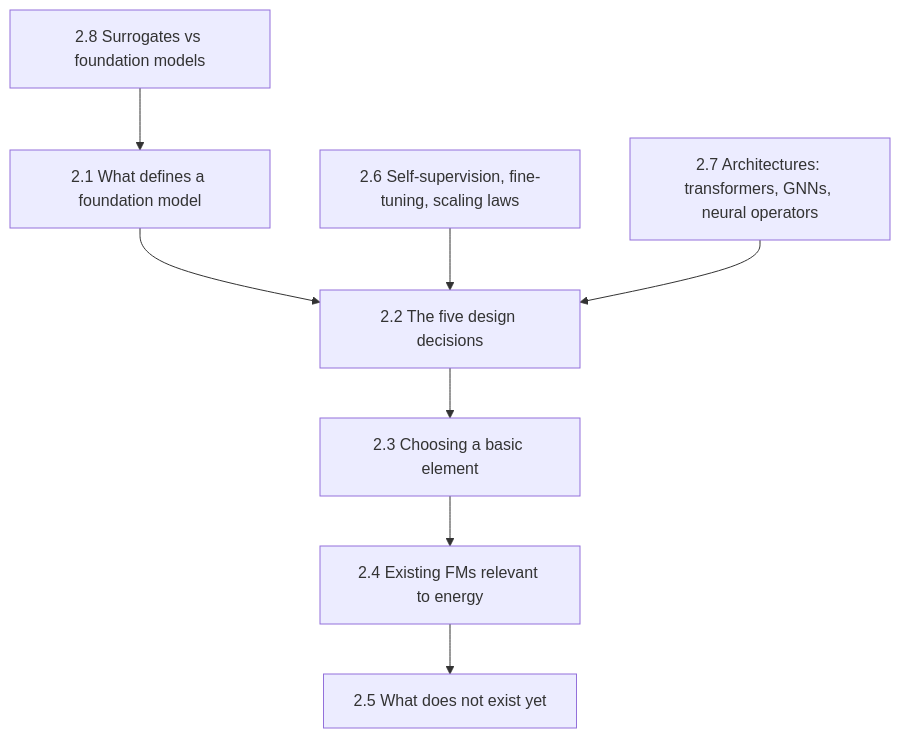
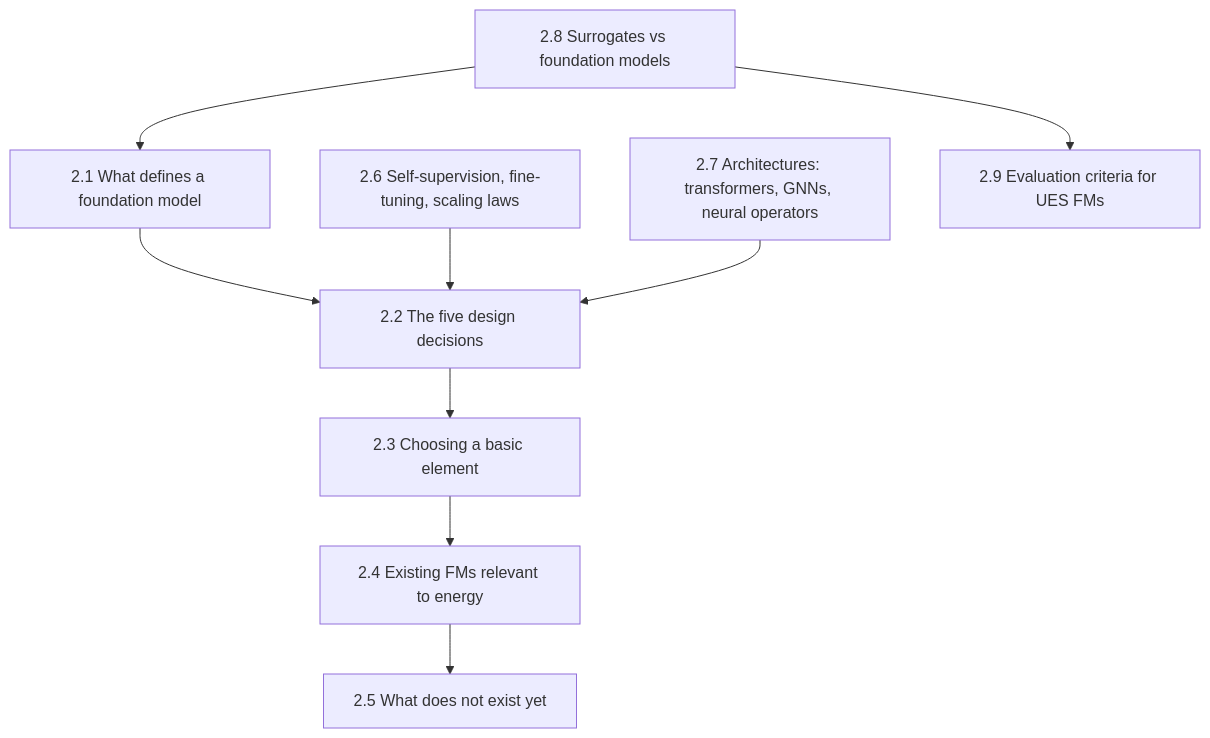
Before and after one commit to BartonChenTW/FM-for-Urban-Energy-Systems: the diagram in chapter-2-fm-foundations/index.md, drawn with Mermaid. The commit also changed other lines of this file and 5 other files, not shown here.

````diff
--- a/chapter-2-fm-foundations/index.md
+++ b/chapter-2-fm-foundations/index.md
@@ -17,10 +17,11 @@
 ```mermaid
 flowchart TD
     A["2.1 What defines a foundation model"] --> B["2.2 The five design decisions"]
     B --> C["2.3 Choosing a basic element"]
     C --> D["2.4 Existing FMs relevant to energy"]
     D --> E["2.5 What does not exist yet"]
     F["2.6 Self-supervision, fine-tuning, scaling laws"] --> B
     G["2.7 Architectures: transformers, GNNs, neural operators"] --> B
     H["2.8 Surrogates vs foundation models"] --> A
+    H --> I["2.9 Evaluation criteria for UES FMs"]
 ```
````
